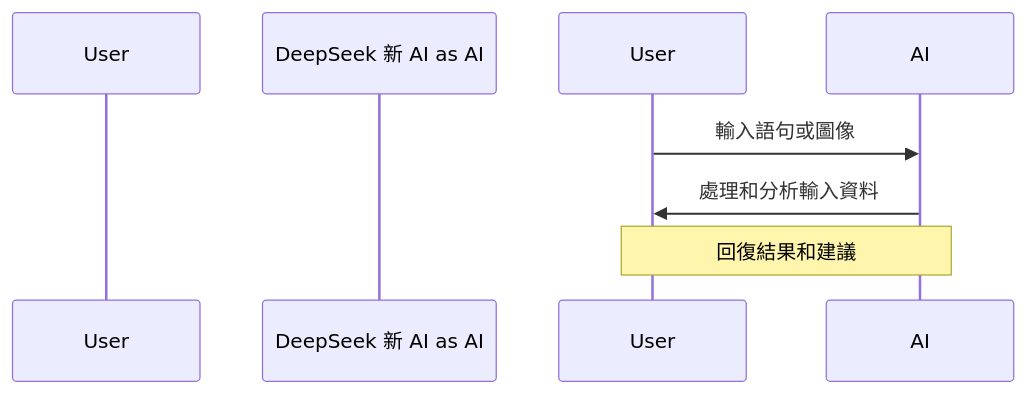
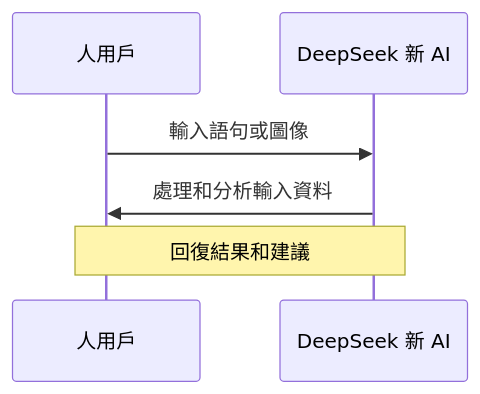
One commit to a920604a/engineernews changed the diagram in src/content/posts/tech/_2026-05-23-deepseeks-new-ai-is-a-game-changer.md. Above: the diagram before and after it, drawn with Mermaid. The commit also changed 6 other files, not shown here.

Commit message:
fix: auto-fix mermaid syntax errors in posts

````diff
--- a/src/content/posts/tech/_2026-05-23-deepseeks-new-ai-is-a-game-changer.md
+++ b/src/content/posts/tech/_2026-05-23-deepseeks-new-ai-is-a-game-changer.md
@@ -29,8 +29,8 @@
 ```mermaid
 sequenceDiagram
-    participant 人用戶 as User
-    participant DeepSeek 新 AI as AI
+    participant User as 人用戶
+    participant AI as DeepSeek 新 AI
     User->>AI: 輸入語句或圖像
     AI->>User: 處理和分析輸入資料
     Note over User,AI: 回復結果和建議
 ```
````
